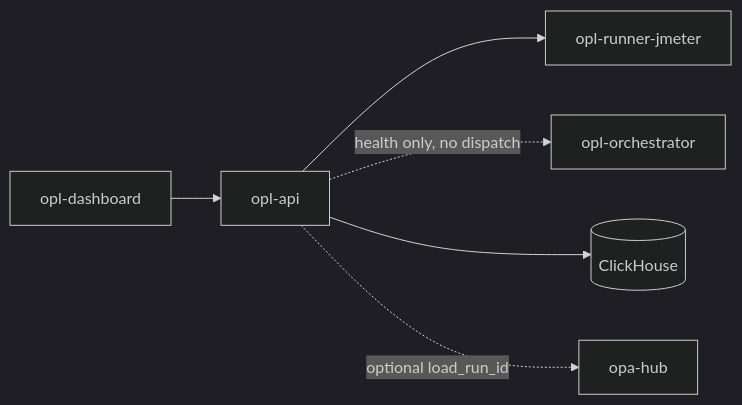
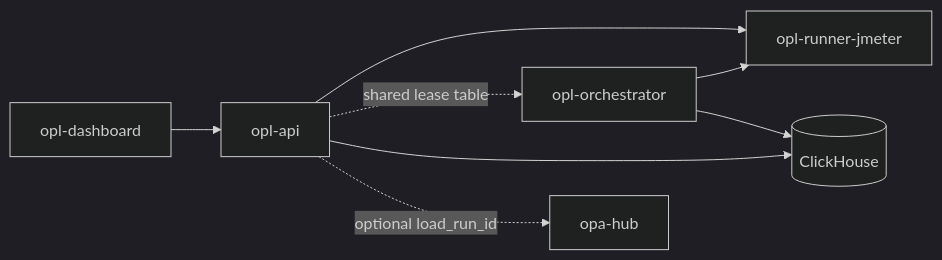
Before and after one commit to TheGrimmChester/OPL-API: the diagram in docs/architecture.md, drawn with Mermaid (dark theme). The commit also changed other lines of this file and 17 other files, not shown here.

````diff
--- a/docs/architecture.md
+++ b/docs/architecture.md
@@ -10,8 +12,10 @@
 ```mermaid
 flowchart LR
   UI[opl-dashboard] --> API[opl-api]
   API --> Runner[opl-runner-jmeter]
-  API -.->|health only, no dispatch| Orch[opl-orchestrator]
+  Orch[opl-orchestrator] --> Runner
+  API -.->|shared lease table| Orch
   API --> CH[(ClickHouse)]
+  Orch --> CH
   API -.->|optional load_run_id| Hub[opa-hub]
 ```
````
